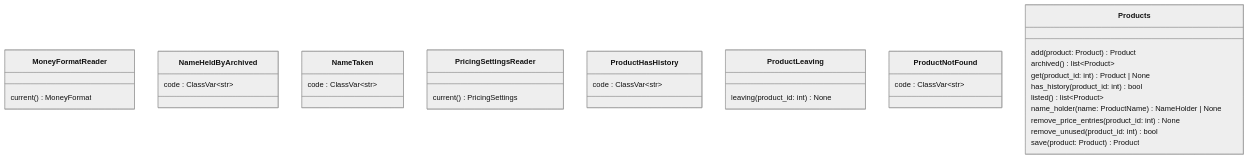
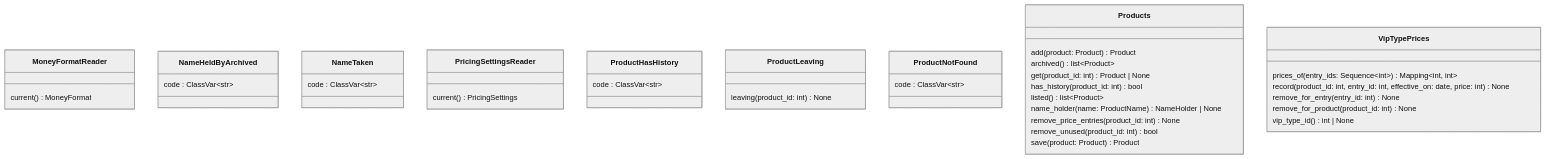
Before and after one commit to GonzaloZevallos/apostrophe: the third of 4 diagrams in docs/architecture/generated/classes/products.md, drawn with Mermaid (neutral theme). The commit also changed other lines of this file and 2 other files, not shown here.

Commit message:
Regenerate API and architecture docs for the type-price fields

````diff
--- a/docs/architecture/generated/classes/products.md
+++ b/docs/architecture/generated/classes/products.md
@@ -137,35 +142,42 @@
 ```mermaid
 classDiagram
   class MoneyFormatReader {
     current() MoneyFormat
   }
   class NameHeldByArchived {
     code : ClassVar~str~
   }
   class NameTaken {
     code : ClassVar~str~
   }
   class PricingSettingsReader {
     current() PricingSettings
   }
   class ProductHasHistory {
     code : ClassVar~str~
   }
   class ProductLeaving {
     leaving(product_id: int) None
   }
   class ProductNotFound {
     code : ClassVar~str~
   }
   class Products {
     add(product: Product) Product
     archived() list~Product~
     get(product_id: int) Product #124; None
     has_history(product_id: int) bool
     listed() list~Product~
     name_holder(name: ProductName) NameHolder #124; None
     remove_price_entries(product_id: int) None
     remove_unused(product_id: int) bool
     save(product: Product) Product
   }
+  class VipTypePrices {
+    prices_of(entry_ids: Sequence~int~) Mapping~int, int~
+    record(product_id: int, entry_id: int, effective_on: date, price: int) None
+    remove_for_entry(entry_id: int) None
+    remove_for_product(product_id: int) None
+    vip_type_id() int #124; None
+  }
 ```
````
